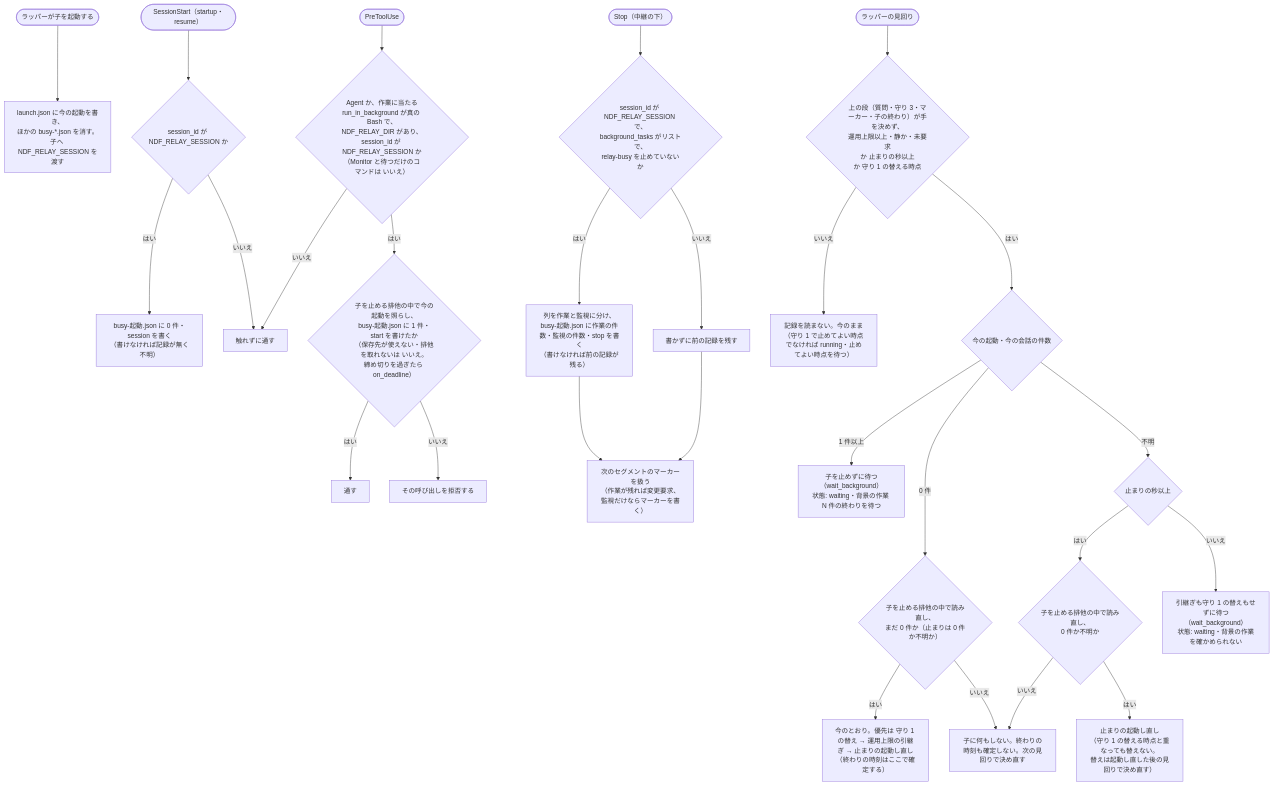
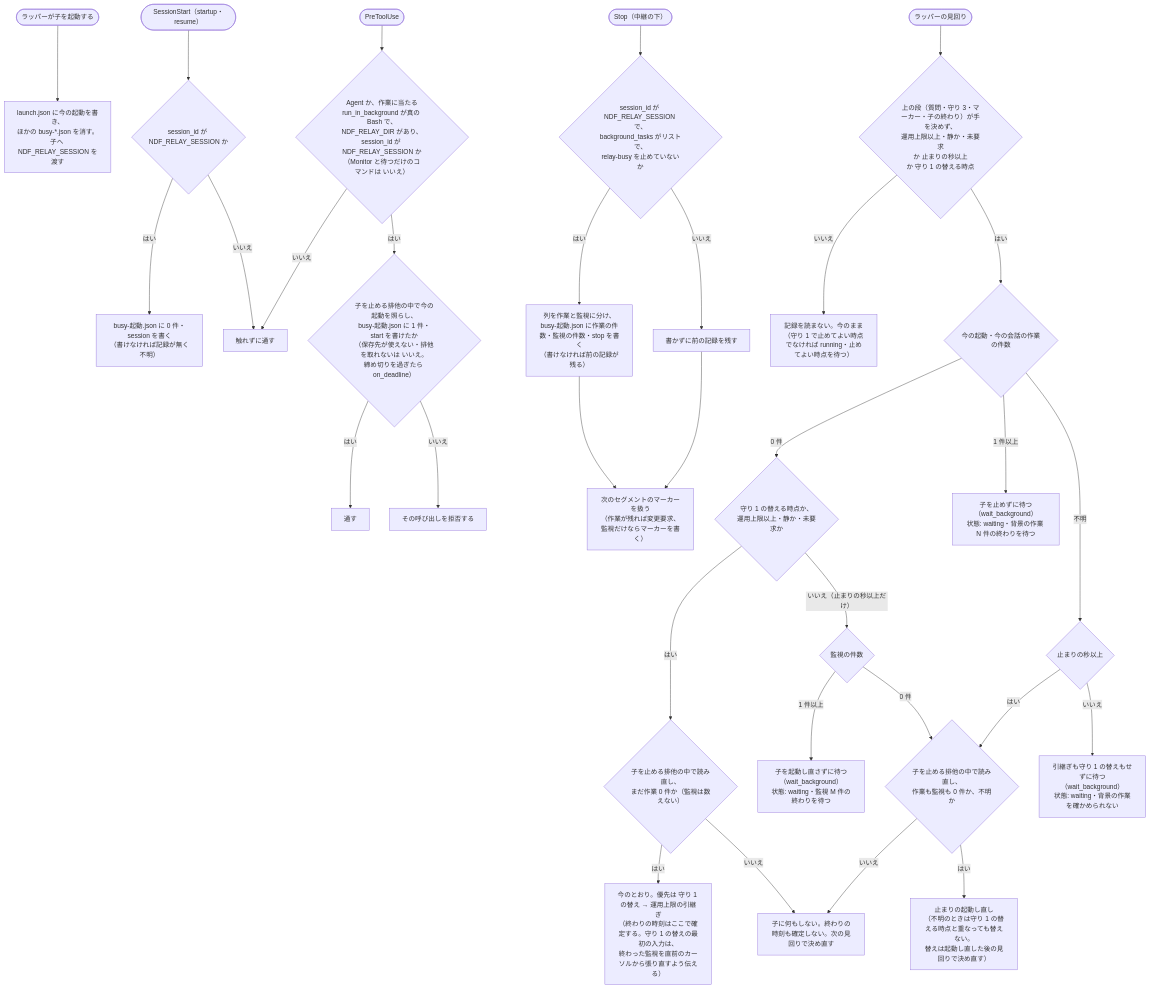
One commit to devbasex/ai-plugins changed the third of 3 diagrams in issues/issue-4049-design.md. Above: the diagram before and after it, drawn with Mermaid. The commit also changed other lines of this file and 1 other file, not shown here.

Commit message:
Docs: 止まりの起動し直しは作業も監視も 0 件か不明のときだけと要約・図・記録の表で揃え、守り 1 の替えの最初の入力に監視の張り直しを足すよう #4049 の設計を直す（cross-review の指摘）

````diff
--- a/issues/issue-4049-design.md
+++ b/issues/issue-4049-design.md
@@ -96,29 +96,33 @@
 ```mermaid
 flowchart TD
   ST([ラッパーが子を起動する]) --> L0["launch.json に今の起動を書き、<br>ほかの busy-*.json を消す。<br>子へ NDF_RELAY_SESSION を渡す"]
   SS([SessionStart（startup・resume）]) --> SS1{"session_id が NDF_RELAY_SESSION か"}
   SS1 -- はい --> SS2["busy-起動.json に 0 件・session を書く<br>（書けなければ記録が無く不明）"]
   SS1 -- いいえ --> PN
   PT([PreToolUse]) --> P1{"Agent か、作業に当たる<br>run_in_background が真の Bash で、<br>NDF_RELAY_DIR があり、<br>session_id が NDF_RELAY_SESSION か<br>（Monitor と待つだけのコマンドは いいえ）"}
   P1 -- いいえ --> PN[触れずに通す]
   P1 -- はい --> P3{"子を止める排他の中で今の起動を照らし、<br>busy-起動.json に 1 件・start を書けたか<br>（保存先が使えない・排他を取れないは いいえ。<br>締め切りを過ぎたら on_deadline）"}
   P3 -- はい --> PA[通す]
   P3 -- いいえ --> PD[その呼び出しを拒否する]
   SP([Stop（中継の下）]) --> S1{"session_id が NDF_RELAY_SESSION で、<br>background_tasks がリストで、<br>relay-busy を止めていないか"}
   S1 -- いいえ --> SN[書かずに前の記録を残す]
   S1 -- はい --> S3["列を作業と監視に分け、<br>busy-起動.json に作業の件数・監視の件数・stop を書く<br>（書けなければ前の記録が残る）"]
   S3 --> S4["次のセグメントのマーカーを扱う<br>（作業が残れば変更要求、監視だけならマーカーを書く）"]
   SN --> S4
   Q([ラッパーの見回り]) --> O{"上の段（質問・守り 3・マーカー・子の終わり）が手を決めず、<br>運用上限以上・静か・未要求<br>か 止まりの秒以上<br>か 守り 1 の替える時点"}
   O -- いいえ --> QN["記録を読まない。今のまま<br>（守り 1 で止めてよい時点でなければ running・止めてよい時点を待つ）"]
-  O -- はい --> BG{"今の起動・今の会話の件数"}
-  BG -- 0 件 --> RC{"子を止める排他の中で読み直し、<br>まだ 0 件か（止まりは 0 件か不明か）"}
-  RC -- はい --> H["今のとおり。優先は 守り 1 の替え → 運用上限の引継ぎ → 止まりの起動し直し<br>（終わりの時刻はここで確定する）"]
+  O -- はい --> BG{"今の起動・今の会話の作業の件数"}
+  BG -- 0 件 --> M{"守り 1 の替える時点か、<br>運用上限以上・静か・未要求か"}
+  M -- はい --> RC{"子を止める排他の中で読み直し、<br>まだ作業 0 件か（監視は数えない）"}
+  RC -- はい --> H["今のとおり。優先は 守り 1 の替え → 運用上限の引継ぎ<br>（終わりの時刻はここで確定する。守り 1 の替えの最初の入力は、<br>終わった監視を直前のカーソルから張り直すよう伝える）"]
   RC -- いいえ --> QN2["子に何もしない。終わりの時刻も確定しない。次の見回りで決め直す"]
+  M -- "いいえ（止まりの秒以上だけ）" --> MS{"監視の件数"}
+  MS -- 1 件以上 --> WM["子を起動し直さずに待つ（wait_background）<br>状態: waiting・監視 M 件の終わりを待つ"]
+  MS -- 0 件 --> RS
   BG -- 1 件以上 --> WT["子を止めずに待つ（wait_background）<br>状態: waiting・背景の作業 N 件の終わりを待つ"]
   BG -- 不明 --> U{"止まりの秒以上"}
-  U -- はい --> RS{"子を止める排他の中で読み直し、<br>0 件か不明か"}
-  RS -- はい --> RR["止まりの起動し直し<br>（守り 1 の替える時点と重なっても替えない。<br>替えは起動し直した後の見回りで決め直す）"]
+  U -- はい --> RS{"子を止める排他の中で読み直し、<br>作業も監視も 0 件か、不明か"}
+  RS -- はい --> RR["止まりの起動し直し<br>（不明のときは守り 1 の替える時点と重なっても替えない。<br>替えは起動し直した後の見回りで決め直す）"]
   RS -- いいえ --> QN2
   U -- いいえ --> WU["引継ぎも守り 1 の替えもせずに待つ（wait_background）<br>状態: waiting・背景の作業を確かめられない"]
 ```
````
